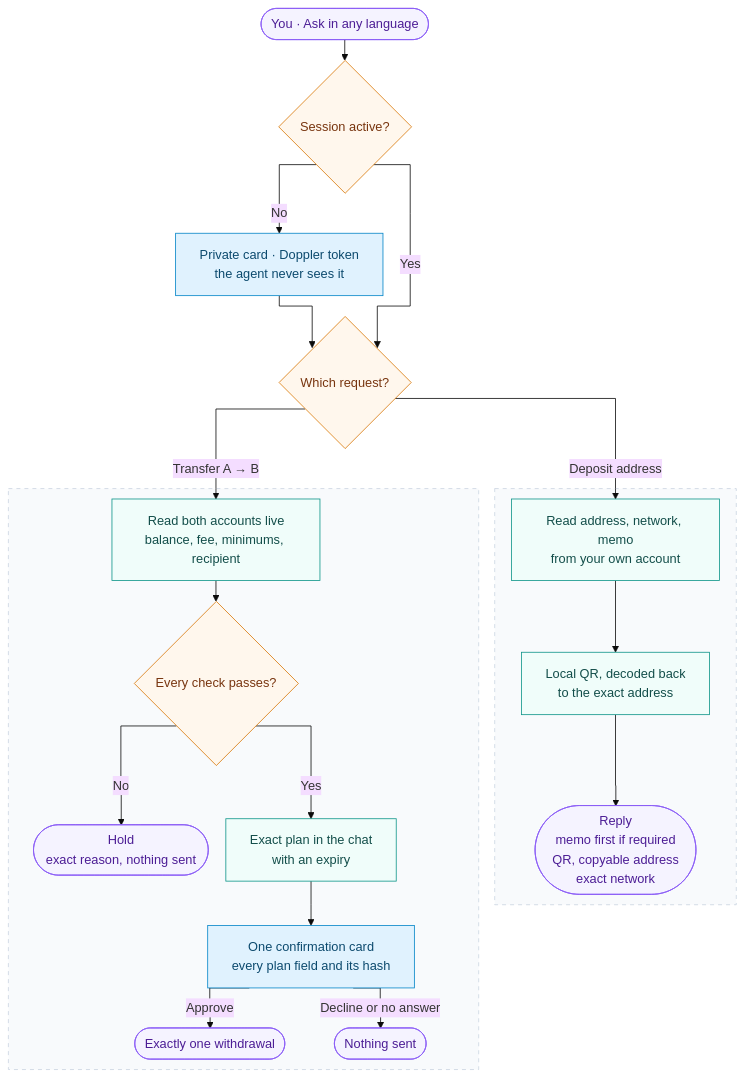
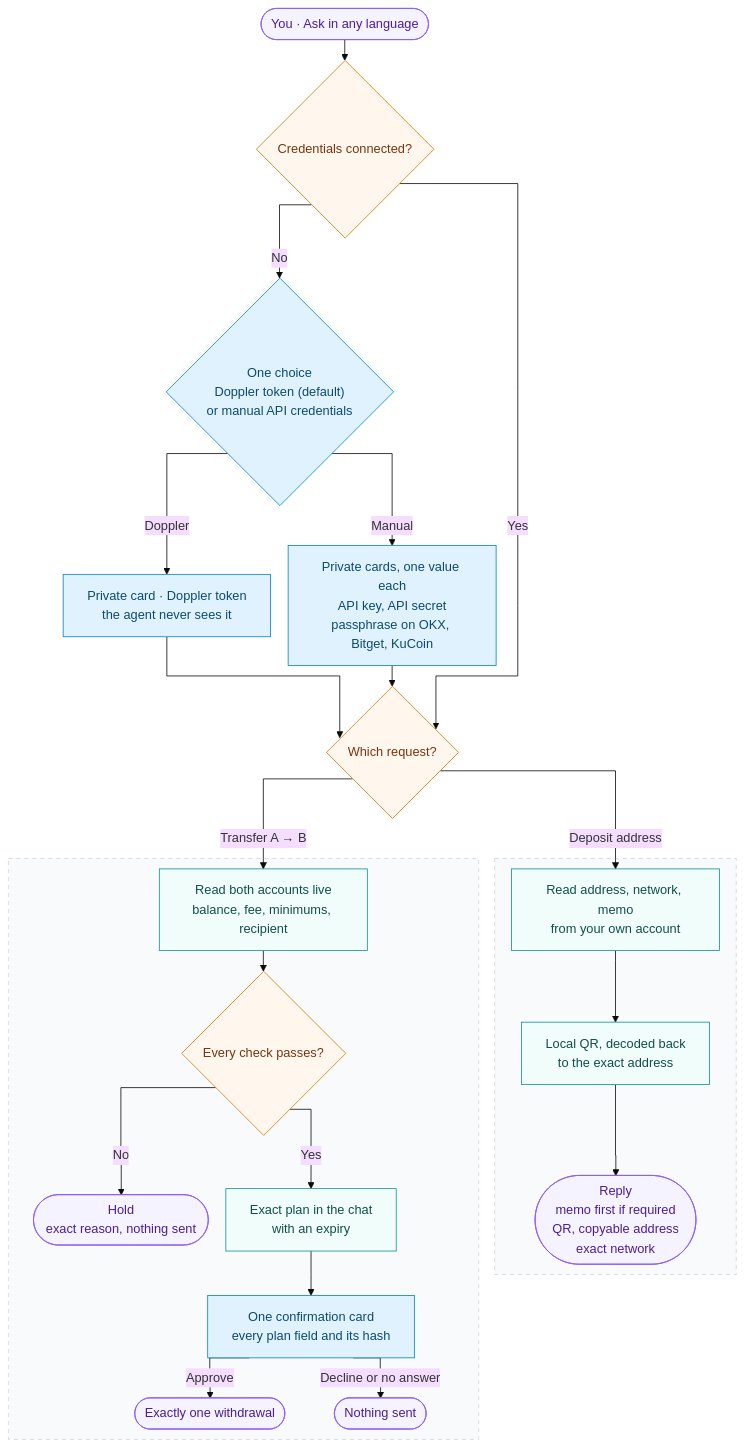
One commit to pogorelov17/fundkit changed the diagram in README.md. Above: the diagram before and after it, drawn with Mermaid (base theme). The commit also changed other lines of this file and 6 other files, not shown here.

First line of the commit message:
Finish session credential choice: docs, acceptance tests, choice rules

````diff
--- a/README.md
+++ b/README.md
@@ -9,43 +9,47 @@
 ```mermaid
 %%{init: {"flowchart": {"curve": "stepAfter", "rankSpacing": 26, "nodeSpacing": 22}}}%%
 flowchart TB
     ASK(["You · Ask in any language"]):::endpoint
-    S{"Session active?"}:::decision
+    S{"Credentials connected?"}:::decision
+    CHOICE{"One choice<br/>Doppler token (default)<br/>or manual API credentials"}:::human
     TOKEN["Private card · Doppler token<br/>the agent never sees it"]:::human
+    MANUAL["Private cards, one value each<br/>API key, API secret<br/>passphrase on OKX, Bitget, KuCoin"]:::human
     K{"Which request?"}:::decision
 
     subgraph ADDR[" "]
         A1["Read address, network, memo<br/>from your own account"]:::work
         A2["Local QR, decoded back<br/>to the exact address"]:::work
         A3(["Reply<br/>memo first if required<br/>QR, copyable address<br/>exact network"]):::endpoint
         A1 --> A2 --> A3
     end
 
     subgraph XFER[" "]
         T1["Read both accounts live<br/>balance, fee, minimums, recipient"]:::work
         T2{"Every check passes?"}:::decision
         HOLD(["Hold<br/>exact reason, nothing sent"]):::endpoint
         PLAN["Exact plan in the chat<br/>with an expiry"]:::work
         CARD["One confirmation card<br/>every plan field and its hash"]:::human
         SENT(["Exactly one withdrawal"]):::endpoint
         NONE(["Nothing sent"]):::endpoint
         T1 --> T2
         T2 -->|No| HOLD
         T2 -->|Yes| PLAN --> CARD
         CARD -->|Approve| SENT
         CARD -->|Decline or no answer| NONE
     end
 
     ASK --> S
-    S -->|No| TOKEN --> K
+    S -->|No| CHOICE
+    CHOICE -->|Doppler| TOKEN --> K
+    CHOICE -->|Manual| MANUAL --> K
     S -->|Yes| K
     K -->|Deposit address| A1
     K -->|Transfer A → B| T1
 
     classDef human fill:#e0f2fe,stroke:#0284c7,color:#0c4a6e
     classDef work fill:#f0fdfa,stroke:#0d9488,color:#134e4a
     classDef decision fill:#fff7ed,stroke:#d97706,color:#78350f
     classDef endpoint fill:#f5f3ff,stroke:#8b5cf6,color:#4c1d95
     style ADDR fill:#f8fafc,stroke:#cbd5e1,stroke-dasharray:5 5,color:#64748b
     style XFER fill:#f8fafc,stroke:#cbd5e1,stroke-dasharray:5 5,color:#64748b
 ```
````
